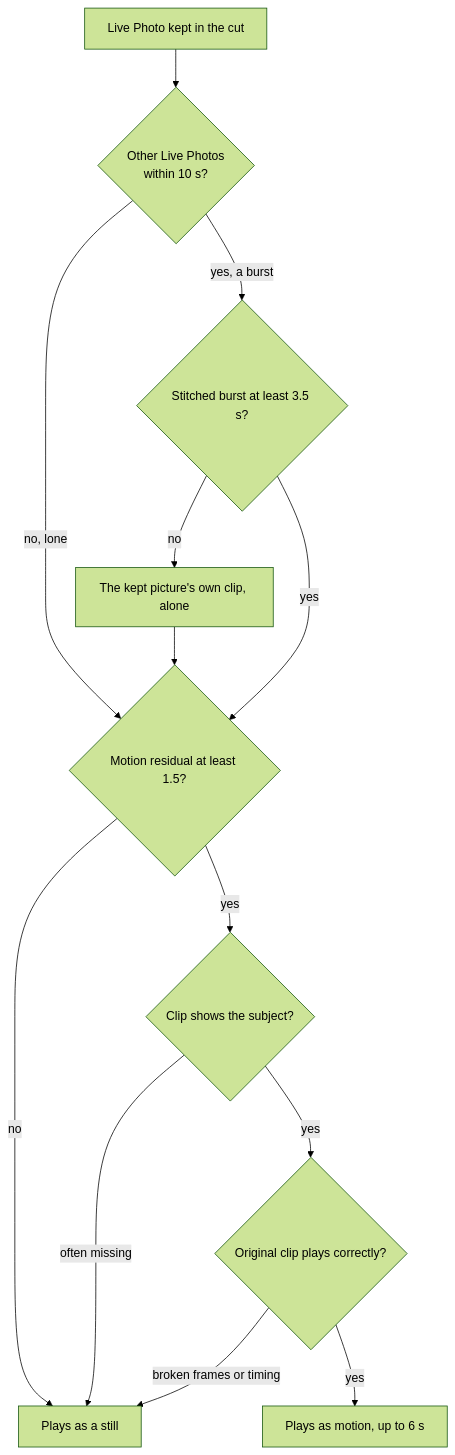
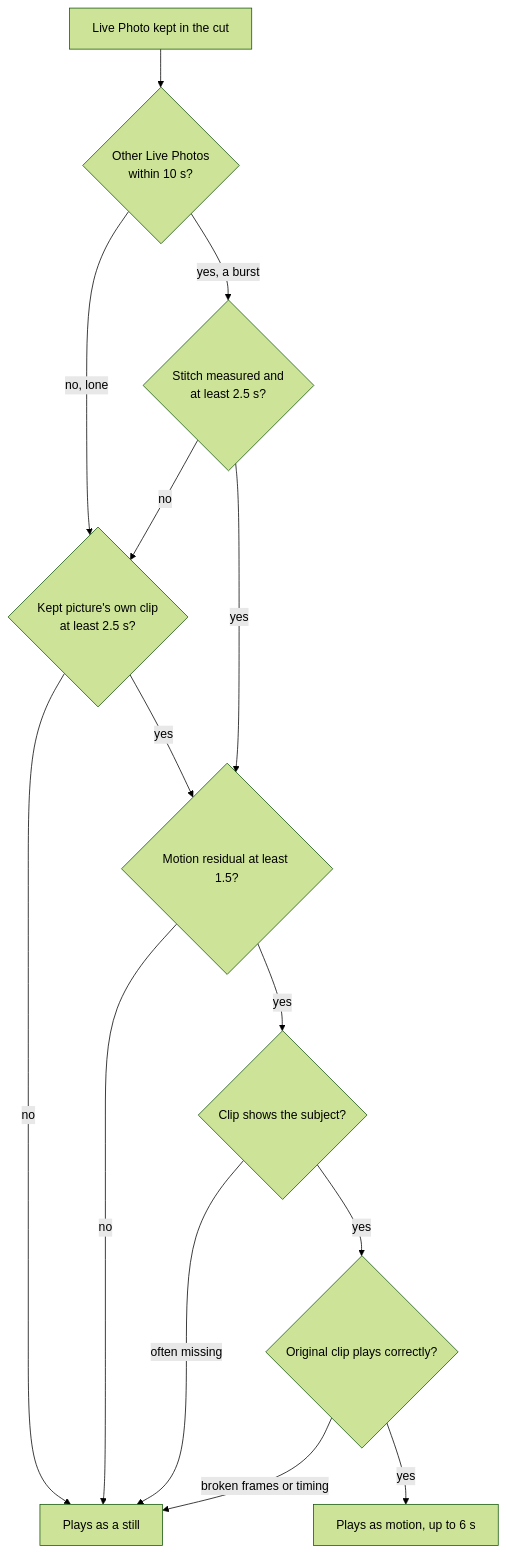
One commit to sam-dumont/immich-memories changed the diagram in docs-site/docs/reference/media-processing.md. Above: the diagram before and after it, drawn with Mermaid (forest theme). The commit also changed other lines of this file and 30 other files, not shown here.

````diff
--- a/docs-site/docs/reference/media-processing.md
+++ b/docs-site/docs/reference/media-processing.md
@@ -101,14 +101,16 @@
 ```mermaid
 flowchart TD
   L[Live Photo kept in the cut] --> B{Other Live Photos<br/>within 10 s?}
-  B -- no, lone --> R
-  B -- yes, a burst --> J{Stitched burst at least 3.5 s?}
-  J -- no --> O[The kept picture's own clip, alone] --> R
+  B -- no, lone --> O
+  B -- yes, a burst --> J{Stitch measured and<br/>at least 2.5 s?}
+  J -- no --> O{Kept picture's own clip<br/>at least 2.5 s?}
+  O -- no --> S
+  O -- yes --> R
   J -- yes --> R{Motion residual at least 1.5?}
   R -- no --> S[Plays as a still]
   R -- yes --> F{Clip shows the subject?}
   F -- often missing --> S
   F -- yes --> P{Original clip plays correctly?}
   P -- broken frames or timing --> S
   P -- yes --> M[Plays as motion, up to 6 s]
 ```
````
